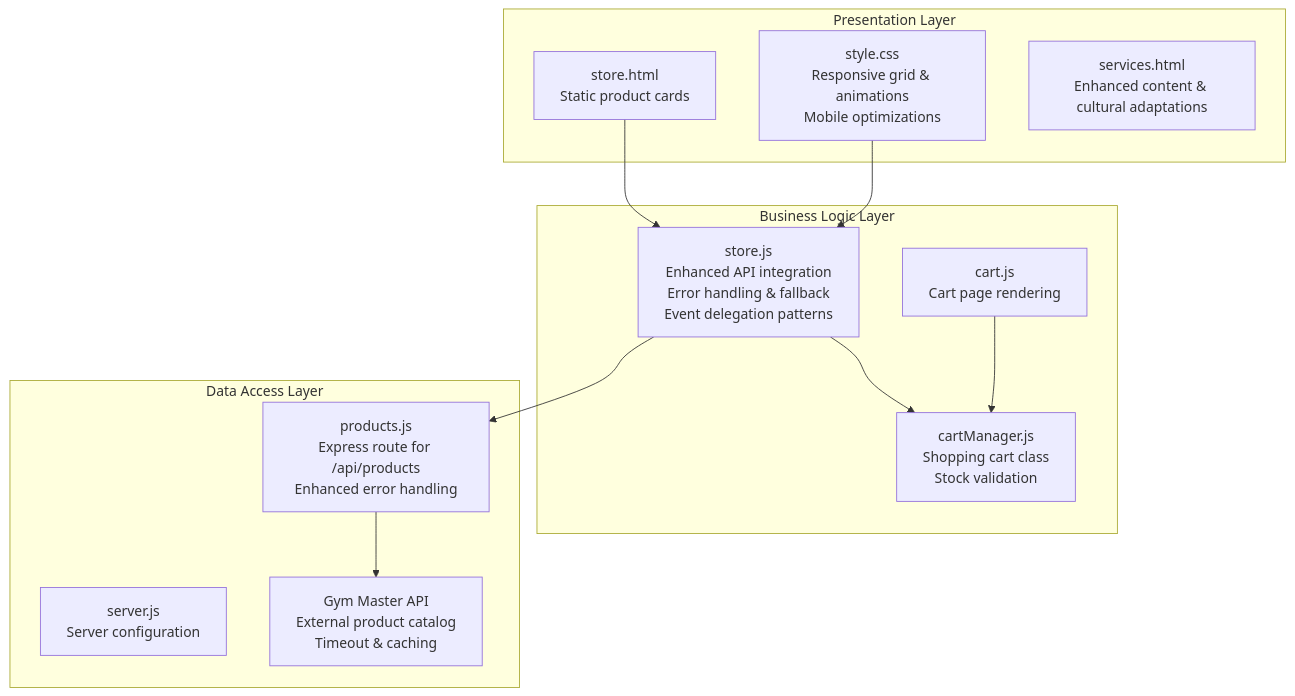
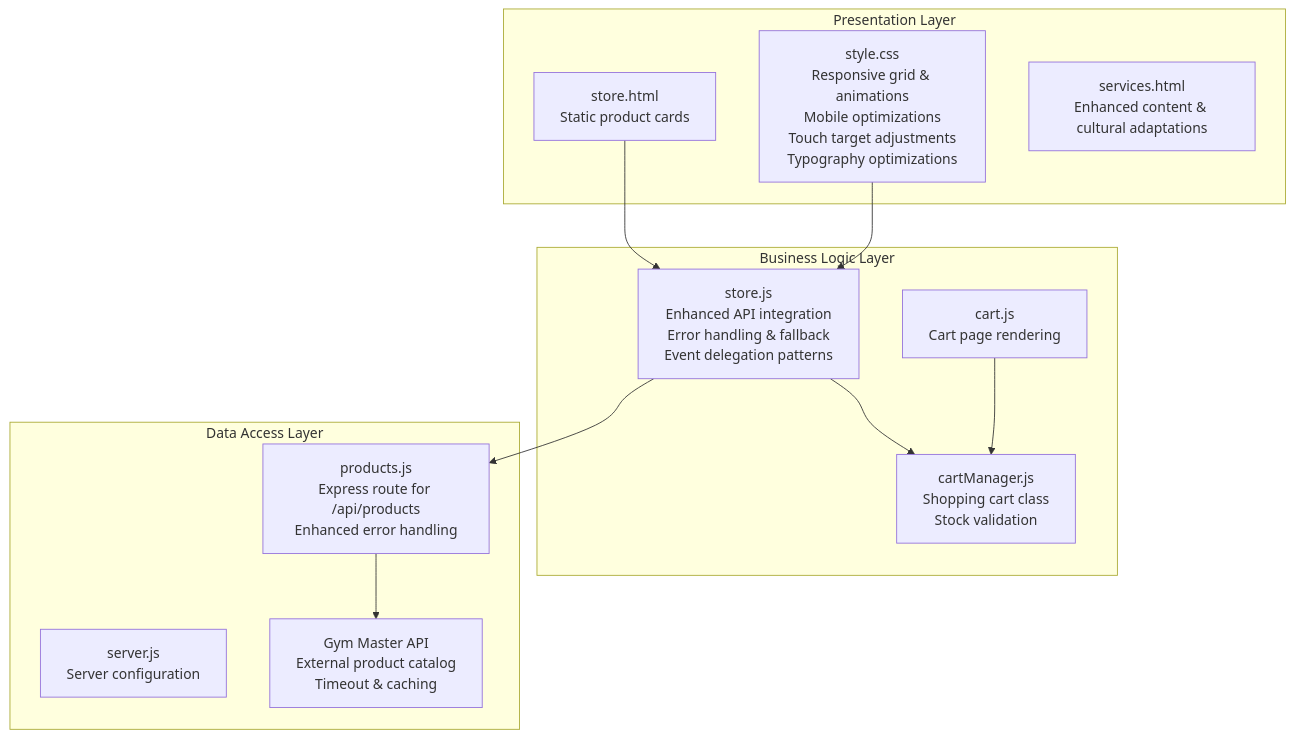
The first of 6 diagrams in .qoder/repowiki/en/content/Frontend Architecture/Store Frontend Interface.md (SirD33k/activezone), drawn with Mermaid before and after one commit. The commit also changed other lines of this file and 7 other files, not shown here.

````diff
--- a/.qoder/repowiki/en/content/Frontend Architecture/Store Frontend Interface.md
+++ b/.qoder/repowiki/en/content/Frontend Architecture/Store Frontend Interface.md
@@ -47,24 +50,24 @@
 ```mermaid
 graph TB
 subgraph "Presentation Layer"
 HTML["store.html<br/>Static product cards"]
-CSS["style.css<br/>Responsive grid & animations<br/>Mobile optimizations"]
+CSS["style.css<br/>Responsive grid & animations<br/>Mobile optimizations<br/>Touch target adjustments<br/>Typography optimizations"]
 SERVICES["services.html<br/>Enhanced content & cultural adaptations"]
 end
 subgraph "Business Logic Layer"
 STOREJS["store.js<br/>Enhanced API integration<br/>Error handling & fallback<br/>Event delegation patterns"]
 CARTJS["cart.js<br/>Cart page rendering"]
 CARTMANAGER["cartManager.js<br/>Shopping cart class<br/>Stock validation"]
 end
 subgraph "Data Access Layer"
 ROUTES["products.js<br/>Express route for /api/products<br/>Enhanced error handling"]
 SERVER["server.js<br/>Server configuration"]
 API["Gym Master API<br/>External product catalog<br/>Timeout & caching"]
 end
 HTML --> STOREJS
 CSS --> STOREJS
 STOREJS --> ROUTES
 ROUTES --> API
 STOREJS --> CARTMANAGER
 CARTJS --> CARTMANAGER
 ```
````
